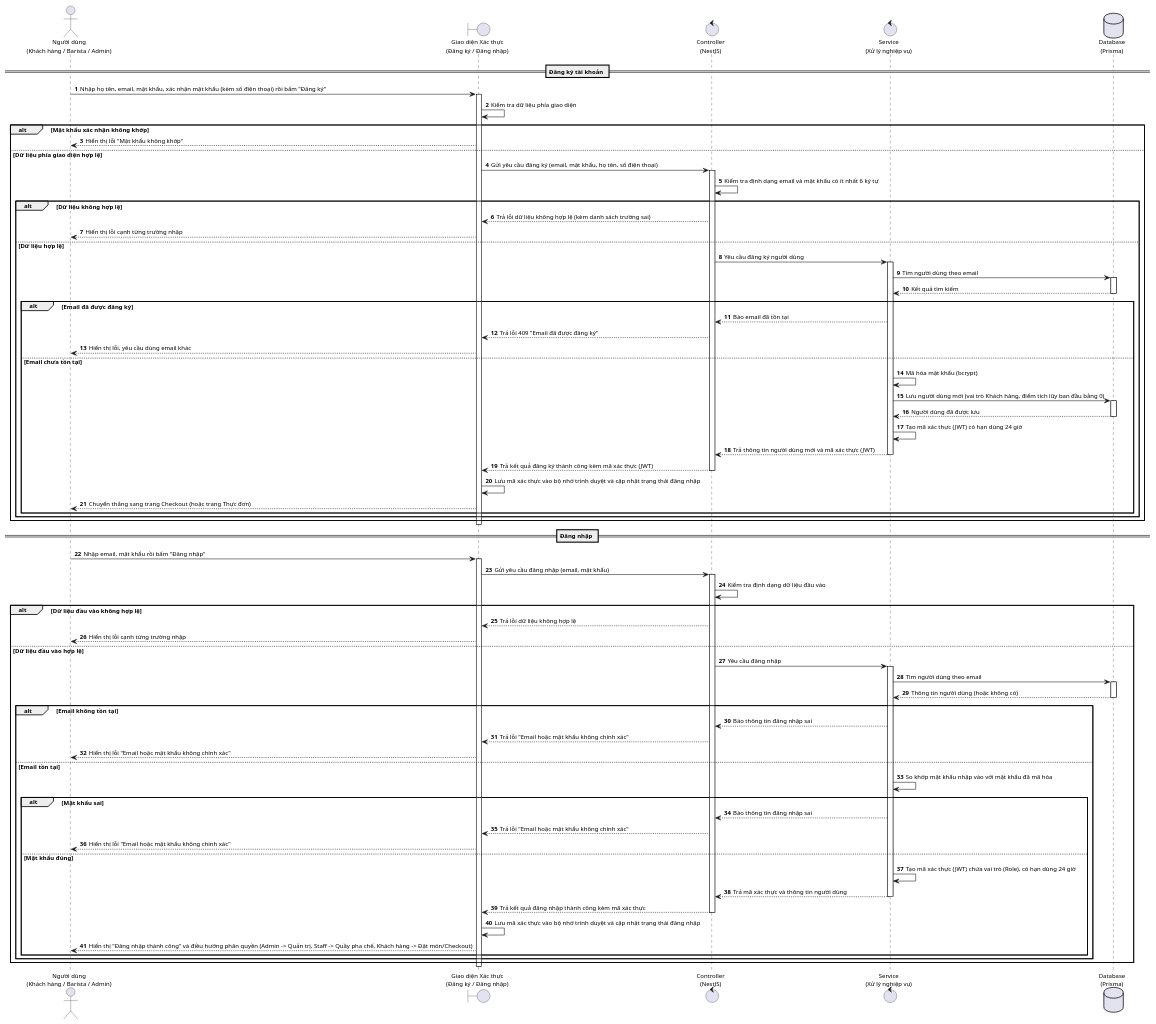
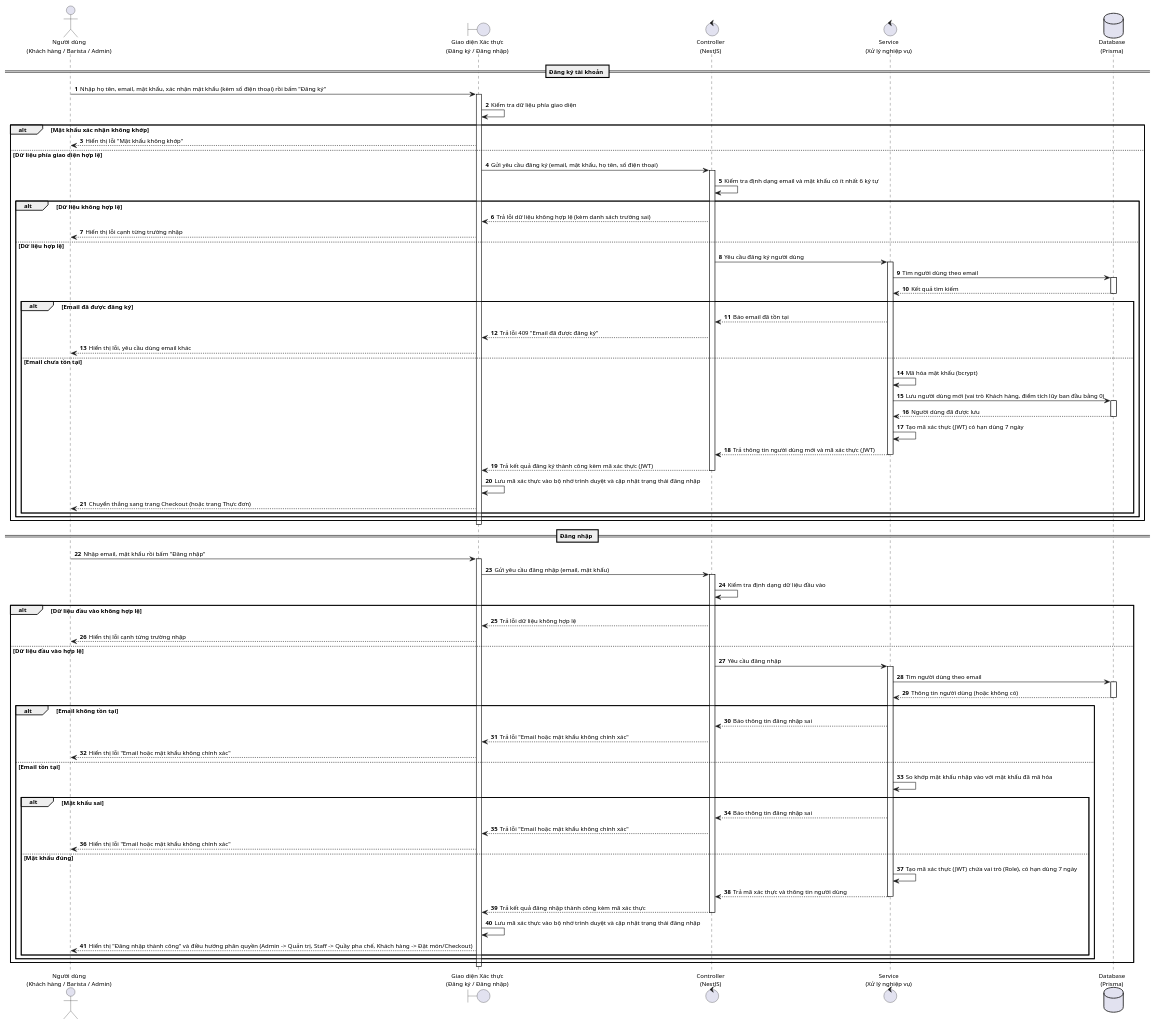
One commit to MaGiaVy/BrewLite_project changed the diagram in docs/diagrams/sequence-auth.puml. Above: the diagram before and after it, drawn with PlantUML. The commit also changed 4 other files, not shown here.

Commit message:
fix(diagrams): synchronize JWT expiration to 7 days across sequence diagram and requirements

```diff
--- a/docs/diagrams/sequence-auth.puml
+++ b/docs/diagrams/sequence-auth.puml
@@ -1,104 +1,104 @@
 @startuml
 skinparam defaultFontName "Segoe UI, Arial, sans-serif"
 skinparam defaultFontSize 11
 skinparam sequenceMessageAlign left
 skinparam responseMessageBelowArrow true
 
 autonumber
 
 actor "Người dùng\n(Khách hàng / Barista / Admin)" as User
 boundary "Giao diện Xác thực\n(Đăng ký / Đăng nhập)" as UI
 control "Controller\n(NestJS)" as Controller
 control "Service\n(Xử lý nghiệp vụ)" as Service
 database "Database\n(Prisma)" as DB
 
 == Đăng ký tài khoản ==
 
 User -> UI : Nhập họ tên, email, mật khẩu, xác nhận mật khẩu (kèm số điện thoại) rồi bấm "Đăng ký"
 activate UI
 UI -> UI : Kiểm tra dữ liệu phía giao diện
 
 alt Mật khẩu xác nhận không khớp
     UI --> User : Hiển thị lỗi "Mật khẩu không khớp"
 else Dữ liệu phía giao diện hợp lệ
     UI -> Controller : Gửi yêu cầu đăng ký (email, mật khẩu, họ tên, số điện thoại)
     activate Controller
     Controller -> Controller : Kiểm tra định dạng email và mật khẩu có ít nhất 6 ký tự
     
     alt Dữ liệu không hợp lệ
         Controller --> UI : Trả lỗi dữ liệu không hợp lệ (kèm danh sách trường sai)
         UI --> User : Hiển thị lỗi cạnh từng trường nhập
     else Dữ liệu hợp lệ
         Controller -> Service : Yêu cầu đăng ký người dùng
         activate Service
         Service -> DB : Tìm người dùng theo email
         activate DB
         DB --> Service : Kết quả tìm kiếm
         deactivate DB
         
         alt Email đã được đăng ký
             Service --> Controller : Báo email đã tồn tại
             Controller --> UI : Trả lỗi 409 "Email đã được đăng ký"
             UI --> User : Hiển thị lỗi, yêu cầu dùng email khác
         else Email chưa tồn tại
             Service -> Service : Mã hóa mật khẩu (bcrypt)
             Service -> DB : Lưu người dùng mới (vai trò Khách hàng, điểm tích lũy ban đầu bằng 0)
             activate DB
             DB --> Service : Người dùng đã được lưu
             deactivate DB
-            Service -> Service : Tạo mã xác thực (JWT) có hạn dùng 24 giờ
+            Service -> Service : Tạo mã xác thực (JWT) có hạn dùng 7 ngày
             Service --> Controller : Trả thông tin người dùng mới và mã xác thực (JWT)
             deactivate Service
             Controller --> UI : Trả kết quả đăng ký thành công kèm mã xác thực (JWT)
             deactivate Controller
             UI -> UI : Lưu mã xác thực vào bộ nhớ trình duyệt và cập nhật trạng thái đăng nhập
             UI --> User : Chuyển thẳng sang trang Checkout (hoặc trang Thực đơn)
         end
     end
 end
 deactivate UI
 
 == Đăng nhập ==
 
 User -> UI : Nhập email, mật khẩu rồi bấm "Đăng nhập"
 activate UI
 UI -> Controller : Gửi yêu cầu đăng nhập (email, mật khẩu)
 activate Controller
 Controller -> Controller : Kiểm tra định dạng dữ liệu đầu vào
 
 alt Dữ liệu đầu vào không hợp lệ
     Controller --> UI : Trả lỗi dữ liệu không hợp lệ
     UI --> User : Hiển thị lỗi cạnh từng trường nhập
 else Dữ liệu đầu vào hợp lệ
     Controller -> Service : Yêu cầu đăng nhập
     activate Service
     Service -> DB : Tìm người dùng theo email
     activate DB
     DB --> Service : Thông tin người dùng (hoặc không có)
     deactivate DB
     
     alt Email không tồn tại
         Service --> Controller : Báo thông tin đăng nhập sai
         Controller --> UI : Trả lỗi "Email hoặc mật khẩu không chính xác"
         UI --> User : Hiển thị lỗi "Email hoặc mật khẩu không chính xác"
     else Email tồn tại
         Service -> Service : So khớp mật khẩu nhập vào với mật khẩu đã mã hóa
         
         alt Mật khẩu sai
             Service --> Controller : Báo thông tin đăng nhập sai
             Controller --> UI : Trả lỗi "Email hoặc mật khẩu không chính xác"
             UI --> User : Hiển thị lỗi "Email hoặc mật khẩu không chính xác"
         else Mật khẩu đúng
-            Service -> Service : Tạo mã xác thực (JWT) chứa vai trò (Role), có hạn dùng 24 giờ
+            Service -> Service : Tạo mã xác thực (JWT) chứa vai trò (Role), có hạn dùng 7 ngày
             Service --> Controller : Trả mã xác thực và thông tin người dùng
             deactivate Service
             Controller --> UI : Trả kết quả đăng nhập thành công kèm mã xác thực
             deactivate Controller
             UI -> UI : Lưu mã xác thực vào bộ nhớ trình duyệt và cập nhật trạng thái đăng nhập
             UI --> User : Hiển thị "Đăng nhập thành công" và điều hướng phân quyền (Admin -> Quản trị, Staff -> Quầy pha chế, Khách hàng -> Đặt món/Checkout)
         end
     end
 end
 deactivate UI
 
 @enduml
```
